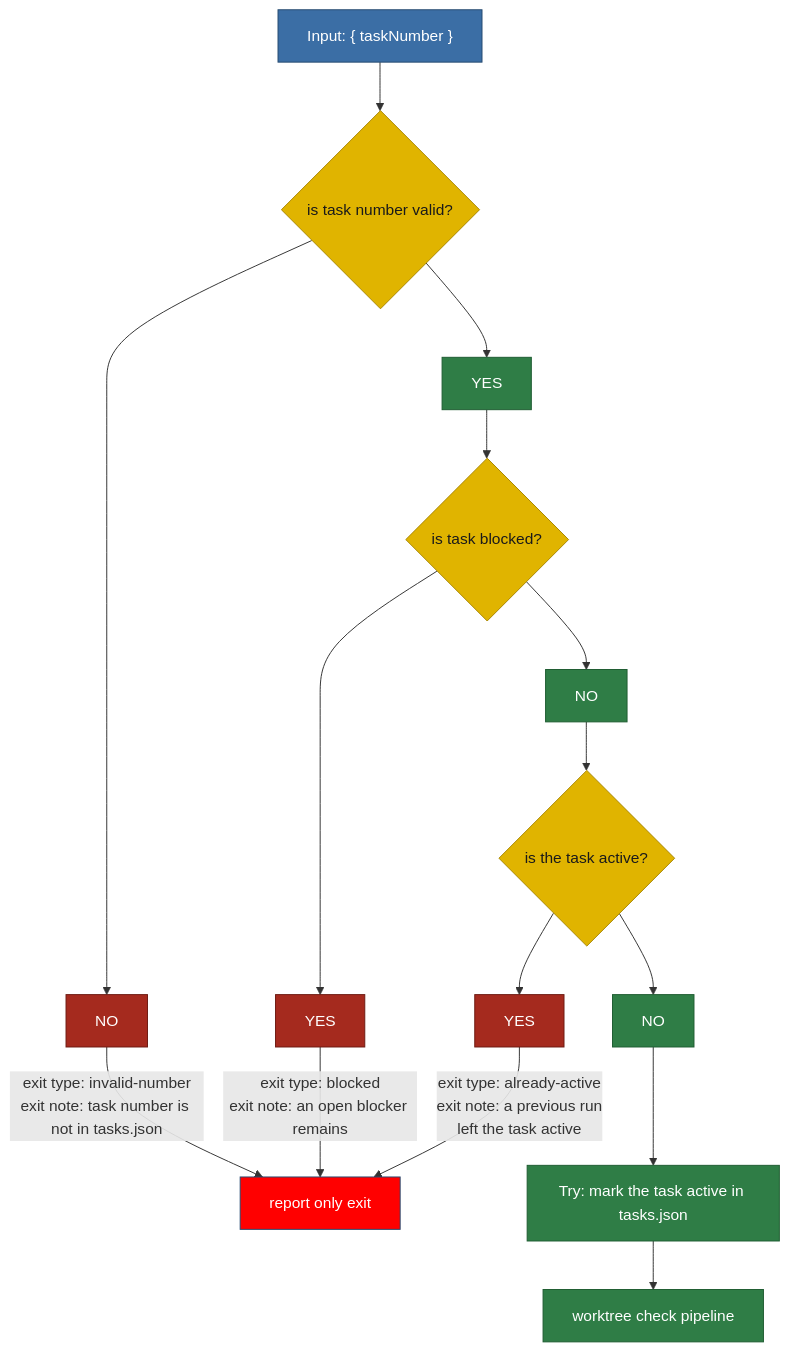
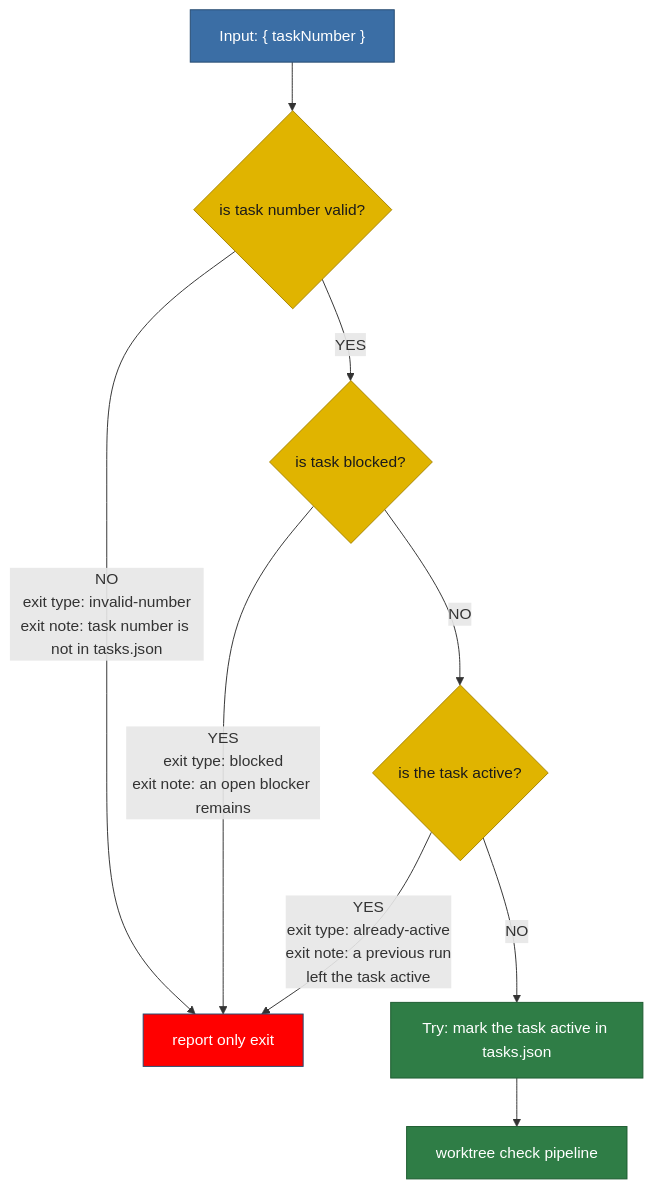
Before and after one commit to matkatmusic/taskTools: the diagram in plans/diagram/pipeline-preambleStatusCheck.mmd, drawn with Mermaid. The commit also changed 12 other files, not shown here.

Commit message:
changed YES/NO blocks to be labels in diagrams

```diff
--- a/plans/diagram/pipeline-preambleStatusCheck.mmd
+++ b/plans/diagram/pipeline-preambleStatusCheck.mmd
@@ -1,69 +1,61 @@
 flowchart TB
 %% PREAMBLE STATUS CHECK. Runs entirely before the task is marked active.
 %% ---
 %% Every exit here takes the report only exit, never the failures exit.
 %% ---
 %% An ambiguous mark-active failure is reconciled: re-read tasks.json to see if the claim landed.
 %% ---
 %% Still unknown after that re-read counts as run-failed.
 %% ---
 %% "is the task active?" and "mark it active" are one atomic write.
 %% ---
 %% See claimTask in taskRunState.ts.
 %% ---
 %% Task number and blocked checks happen before that atomic claim.
 %% ---
 %% A blocker added in that window still lets the run through.
 %% ---
 %% ACCEPTED: the window is milliseconds and the worst case is one extra finished task.
 %% ---
 %% KNOWN GAP: a task left active by a dead process stays active forever.
 %% ---
 %% No liveness check or automatic recovery exists; see prepareTasks.ts:251.
 %% ---
 %% Recovery is manual: recoverStaleTaskWorktreeLease in prepareTasks.ts, or recoverSourceRepoLock.ts.
 %% ---
 %% Neither recovery script clears the active flag in tasks.json; that is done by hand.
 %% ---
 %% Exit types this pipeline can produce:
 %% ---
 %%   invalid-number  - not in tasks.json, completedTasks.json not consulted
 %% ---
 %%   blocked         - an open blocker remains
 %% ---
 %%   already-active  - a previous run left the task active
 %% ---
 %%   run-failed      - a script failed before the task became active
 
   PREAMBLE_TASK_NUMBER_INPUT["Input: { taskNumber }"] --> IS_TASK_NUMBER_VALID
-  IS_TASK_NUMBER_VALID{"is task number valid?"} --> IS_TASK_NUMBER_VALID_YES["YES"]
-  IS_TASK_NUMBER_VALID --> IS_TASK_NUMBER_VALID_NO["NO"]
-  IS_TASK_NUMBER_VALID_NO -- "exit type: invalid-number<br/>exit note: task number is not in tasks.json" --> REPORT_ONLY_EXIT
-  IS_TASK_NUMBER_VALID_YES --> IS_TASK_BLOCKED{"is task blocked?"}
-  IS_TASK_BLOCKED --> IS_TASK_BLOCKED_YES["YES"]
-  IS_TASK_BLOCKED --> IS_TASK_BLOCKED_NO["NO"]
-  IS_TASK_BLOCKED_YES -- "exit type: blocked<br/>exit note: an open blocker remains" --> REPORT_ONLY_EXIT
-  IS_TASK_BLOCKED_NO --> IS_TASK_ACTIVE{"is the task active?"}
-  IS_TASK_ACTIVE --> IS_TASK_ACTIVE_YES["YES"]
-  IS_TASK_ACTIVE --> IS_TASK_ACTIVE_NO["NO"]
-  IS_TASK_ACTIVE_YES -- "exit type: already-active<br/>exit note: a previous run<br/>left the task active" --> REPORT_ONLY_EXIT
-  IS_TASK_ACTIVE_NO --> MARK_TASK_ACTIVE["Try: mark the task active in tasks.json"]
+  IS_TASK_NUMBER_VALID{"is task number valid?"} -->|YES| IS_TASK_BLOCKED{"is task blocked?"}
+  IS_TASK_NUMBER_VALID -- "NO<br/>exit type: invalid-number<br/>exit note: task number is not in tasks.json" --> REPORT_ONLY_EXIT
+  IS_TASK_BLOCKED -- "YES<br/>exit type: blocked<br/>exit note: an open blocker remains" --> REPORT_ONLY_EXIT
+  IS_TASK_BLOCKED -->|NO| IS_TASK_ACTIVE{"is the task active?"}
+  IS_TASK_ACTIVE -- "YES<br/>exit type: already-active<br/>exit note: a previous run<br/>left the task active" --> REPORT_ONLY_EXIT
+  IS_TASK_ACTIVE -->|NO| MARK_TASK_ACTIVE["Try: mark the task active in tasks.json"]
   MARK_TASK_ACTIVE --> WORKTREE_CHECK_PIPELINE["worktree check pipeline"]
 
   REPORT_ONLY_EXIT["report only exit"]
 
   %% pass/nopass: green heads for the next pipeline, red ends in an exit.
   classDef pipeline fill:#2f7d46,stroke:#1e5c31,color:#ffffff
   classDef script fill:#2f7d46,stroke:#1e5c31,color:#ffffff
   classDef decision fill:#e0b400,stroke:#a88600,color:#1a1a1a
   classDef output fill:#3b6ea5,stroke:#254a70,color:#ffffff
   classDef fail fill:red,stroke:#254a70,color:#ffffff
   classDef pass fill:#2f7d46,stroke:#1e5c31,color:#ffffff
   classDef nopass fill:#a52a1e,stroke:#6d1a12,color:#ffffff
   class IS_TASK_NUMBER_VALID,IS_TASK_BLOCKED,IS_TASK_ACTIVE decision
   class MARK_TASK_ACTIVE script
   class WORKTREE_CHECK_PIPELINE pipeline
-  class IS_TASK_NUMBER_VALID_YES,IS_TASK_BLOCKED_NO,IS_TASK_ACTIVE_NO pass
-  class IS_TASK_NUMBER_VALID_NO,IS_TASK_BLOCKED_YES,IS_TASK_ACTIVE_YES nopass
   class REPORT_ONLY_EXIT fail
   class PREAMBLE_TASK_NUMBER_INPUT output
```
